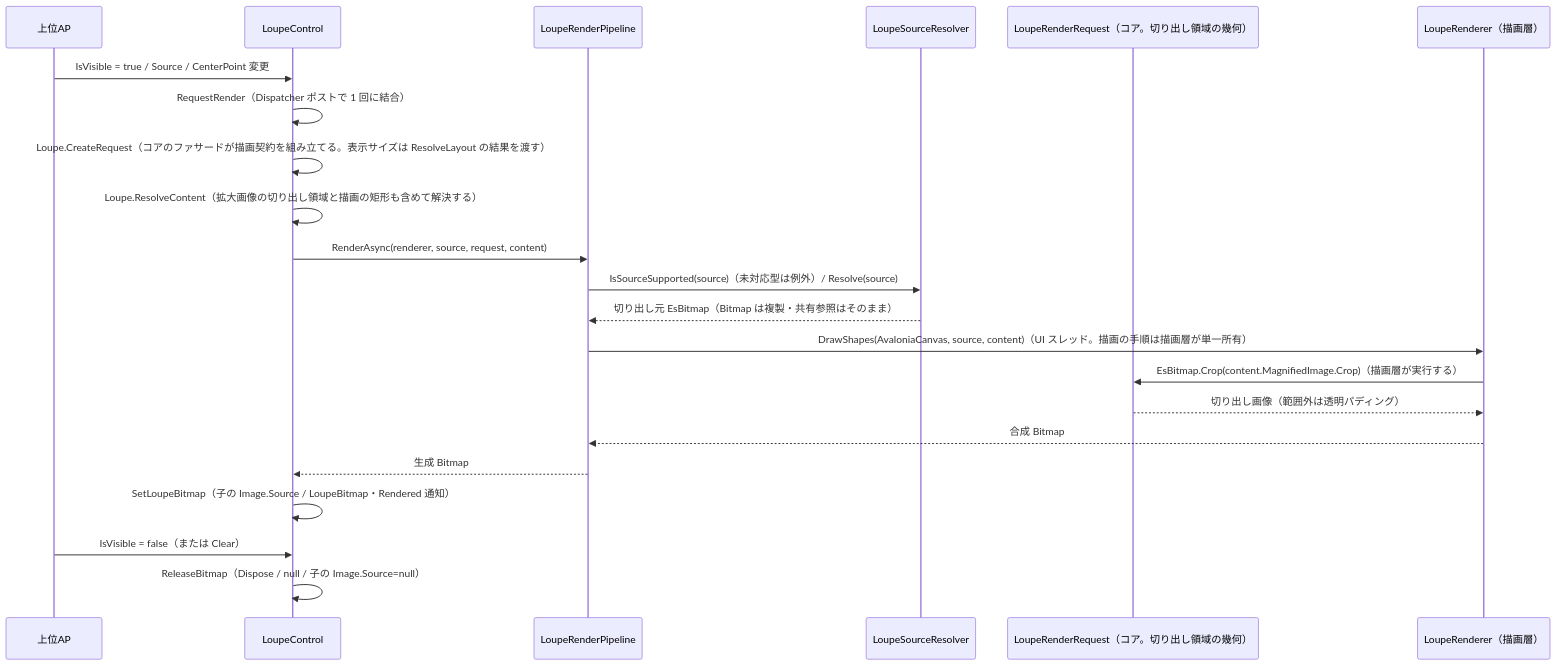
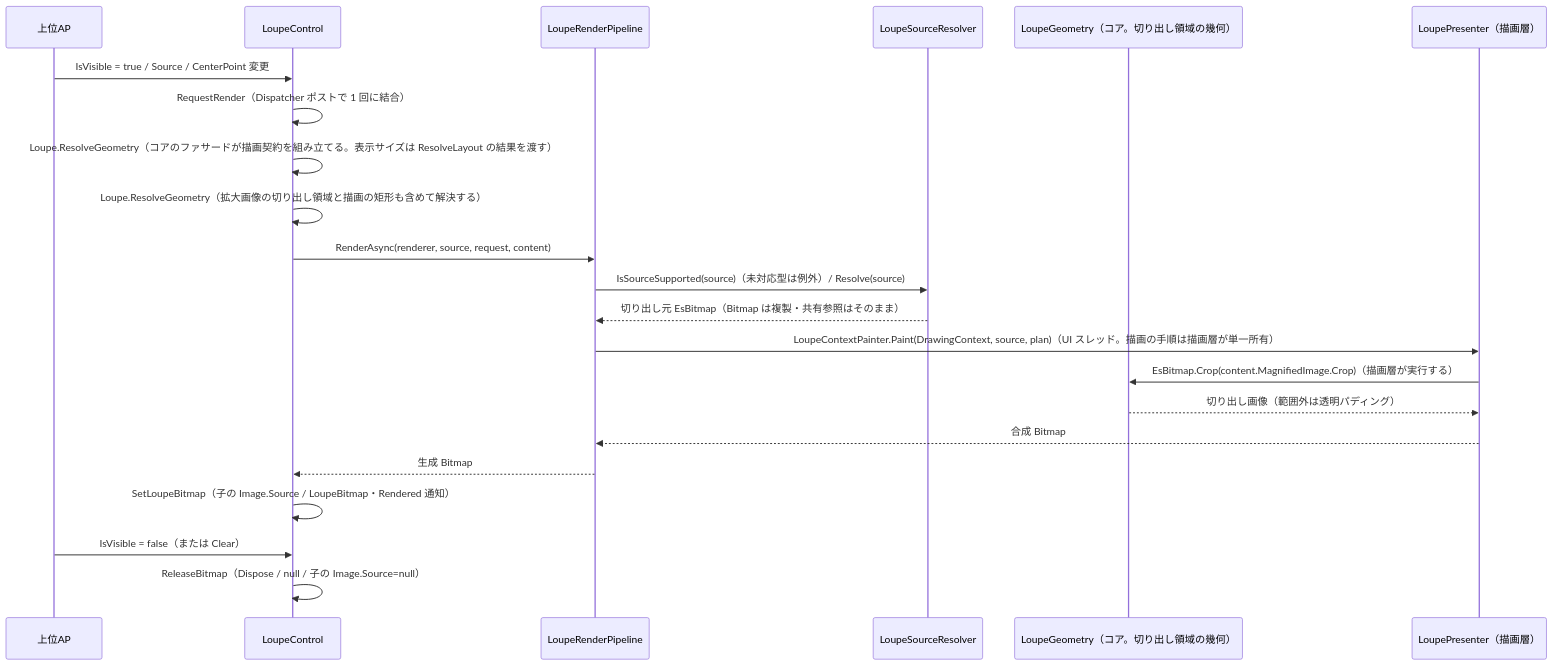
Before and after one commit to tomokuni/SaveEvidence: the second of 2 diagrams in src/LoupeControl.AvaloniaUI/SPEC_System.md, drawn with Mermaid. The commit also changed other lines of this file and 92 other files, not shown here.

````diff
--- a/src/LoupeControl.AvaloniaUI/SPEC_System.md
+++ b/src/LoupeControl.AvaloniaUI/SPEC_System.md
@@ -241,26 +241,26 @@
 ```mermaid
 sequenceDiagram
     participant AP as 上位AP
     participant Ctl as LoupeControl
     participant Pl as LoupeRenderPipeline
     participant Sr as LoupeSourceResolver
-    participant Ext as LoupeRenderRequest（コア。切り出し領域の幾何）
-    participant Rdr as LoupeRenderer（描画層）
+    participant Ext as LoupeGeometry（コア。切り出し領域の幾何）
+    participant Rdr as LoupePresenter（描画層）
 
     AP->>Ctl: IsVisible = true / Source / CenterPoint 変更
     Ctl->>Ctl: RequestRender（Dispatcher ポストで 1 回に結合）
-    Ctl->>Ctl: Loupe.CreateRequest（コアのファサードが描画契約を組み立てる。表示サイズは ResolveLayout の結果を渡す）
-    Ctl->>Ctl: Loupe.ResolveContent（拡大画像の切り出し領域と描画の矩形も含めて解決する）
+    Ctl->>Ctl: Loupe.ResolveGeometry（コアのファサードが描画契約を組み立てる。表示サイズは ResolveLayout の結果を渡す）
+    Ctl->>Ctl: Loupe.ResolveGeometry（拡大画像の切り出し領域と描画の矩形も含めて解決する）
     Ctl->>Pl: RenderAsync(renderer, source, request, content)
     Pl->>Sr: IsSourceSupported(source)（未対応型は例外）/ Resolve(source)
     Sr-->>Pl: 切り出し元 EsBitmap（Bitmap は複製・共有参照はそのまま）
-    Pl->>Rdr: DrawShapes(AvaloniaCanvas, source, content)（UI スレッド。描画の手順は描画層が単一所有）
+    Pl->>Rdr: LoupeContextPainter.Paint(DrawingContext, source, plan)（UI スレッド。描画の手順は描画層が単一所有）
     Rdr->>Ext: EsBitmap.Crop(content.MagnifiedImage.Crop)（描画層が実行する）
     Ext-->>Rdr: 切り出し画像（範囲外は透明パディング）
     Rdr-->>Pl: 合成 Bitmap
     Pl-->>Ctl: 生成 Bitmap
     Ctl->>Ctl: SetLoupeBitmap（子の Image.Source / LoupeBitmap・Rendered 通知）
 
     AP->>Ctl: IsVisible = false（または Clear）
     Ctl->>Ctl: ReleaseBitmap（Dispose / null / 子の Image.Source=null）
 ```
````
